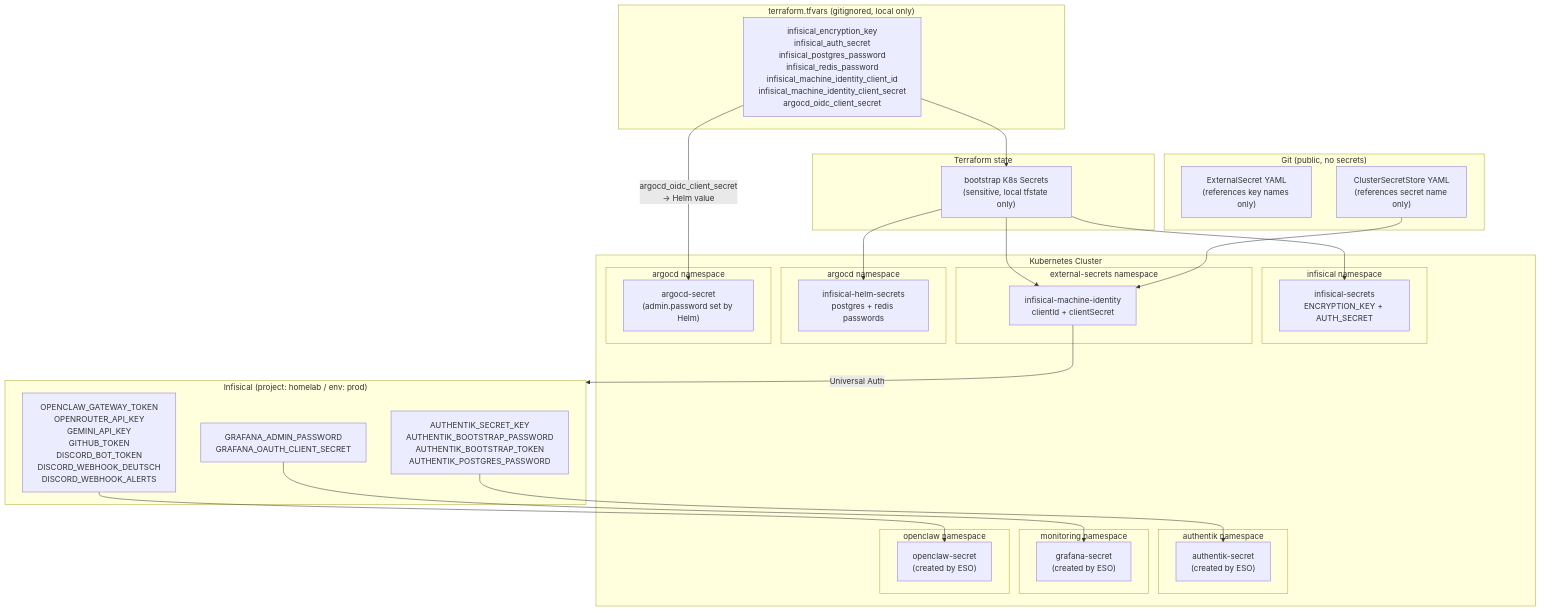
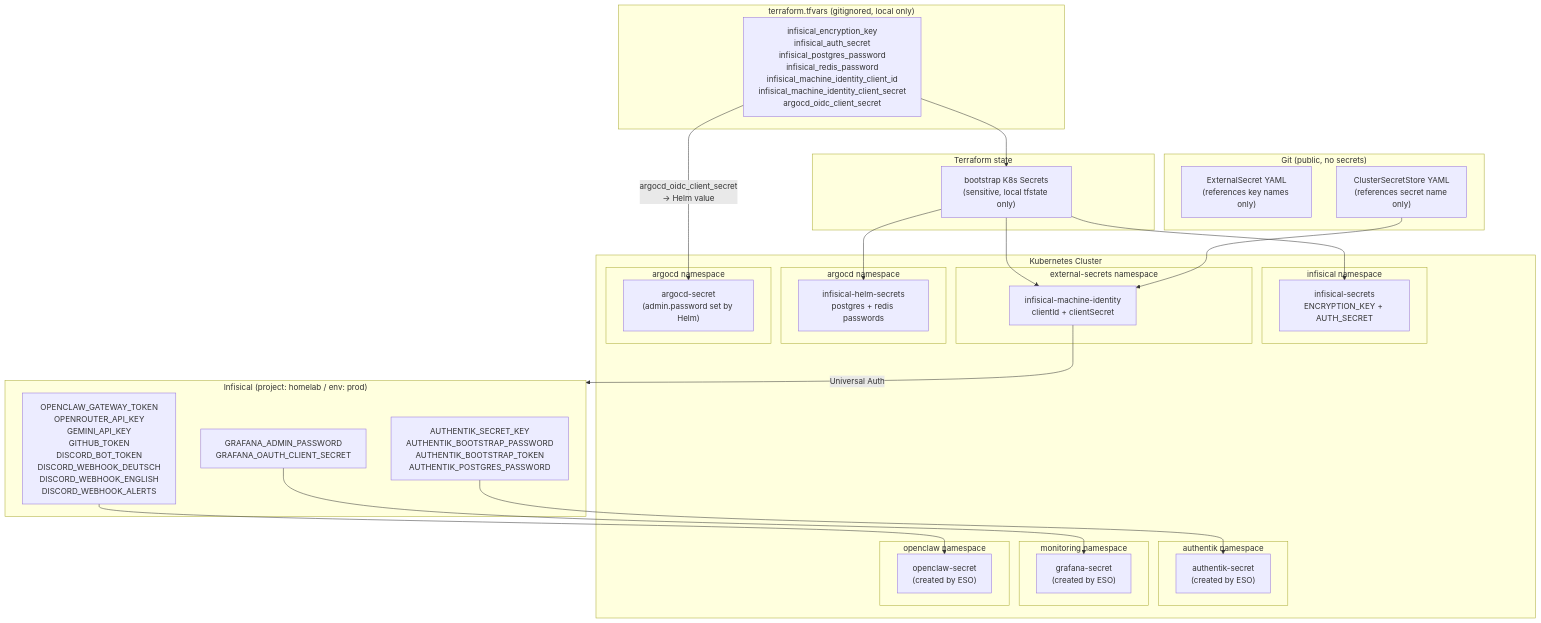
The first of 4 diagrams in docs/infrastructure/secret-management.md (haingth77/homelab), drawn with Mermaid before and after one commit. The commit also changed other lines of this file and 17 other files, not shown here.

````diff
--- a/docs/infrastructure/secret-management.md
+++ b/docs/infrastructure/secret-management.md
@@ -15,56 +15,56 @@
 ```mermaid
 flowchart TD
     subgraph git["Git (public, no secrets)"]
         ES["ExternalSecret YAML\n(references key names only)"]
         CSS_yaml["ClusterSecretStore YAML\n(references secret name only)"]
     end
 
     subgraph tfvars["terraform.tfvars (gitignored, local only)"]
         TFVars["infisical_encryption_key\ninfisical_auth_secret\ninfisical_postgres_password\ninfisical_redis_password\ninfisical_machine_identity_client_id\ninfisical_machine_identity_client_secret\nargocd_oidc_client_secret"]
     end
 
     subgraph tf["Terraform state"]
         TFState["bootstrap K8s Secrets\n(sensitive, local tfstate only)"]
     end
 
     subgraph cluster["Kubernetes Cluster"]
         subgraph infisicalNs["infisical namespace"]
             infisical_secrets["infisical-secrets\nENCRYPTION_KEY + AUTH_SECRET"]
         end
         subgraph esoNs["external-secrets namespace"]
             machine_id["infisical-machine-identity\nclientId + clientSecret"]
         end
         subgraph argocdNs["argocd namespace"]
             helm_secrets["infisical-helm-secrets\npostgres + redis passwords"]
         end
         subgraph authentikNs["authentik namespace"]
             authentik_secret["authentik-secret\n(created by ESO)"]
         end
         subgraph monitoringNs["monitoring namespace"]
             grafana_secret["grafana-secret\n(created by ESO)"]
         end
         subgraph openclawNs["openclaw namespace"]
             openclaw_secret["openclaw-secret\n(created by ESO)"]
         end
         subgraph argocdNs2["argocd namespace"]
             argocd_secret["argocd-secret\n(admin.password set by Helm)"]
         end
     end
 
     subgraph infisical_store["Infisical (project: homelab / env: prod)"]
         AUTHENTIK_SECRETS["AUTHENTIK_SECRET_KEY\nAUTHENTIK_BOOTSTRAP_PASSWORD\nAUTHENTIK_BOOTSTRAP_TOKEN\nAUTHENTIK_POSTGRES_PASSWORD"]
         GRAFANA_SECRETS["GRAFANA_ADMIN_PASSWORD\nGRAFANA_OAUTH_CLIENT_SECRET"]
-        OPENCLAW_SECRETS["OPENCLAW_GATEWAY_TOKEN\nOPENROUTER_API_KEY\nGEMINI_API_KEY\nGITHUB_TOKEN\nDISCORD_BOT_TOKEN\nDISCORD_WEBHOOK_DEUTSCH\nDISCORD_WEBHOOK_ALERTS"]
+        OPENCLAW_SECRETS["OPENCLAW_GATEWAY_TOKEN\nOPENROUTER_API_KEY\nGEMINI_API_KEY\nGITHUB_TOKEN\nDISCORD_BOT_TOKEN\nDISCORD_WEBHOOK_DEUTSCH\nDISCORD_WEBHOOK_ENGLISH\nDISCORD_WEBHOOK_ALERTS"]
     end
 
     TFVars --> TFState
     TFState --> infisical_secrets
     TFState --> machine_id
     TFState --> helm_secrets
     TFVars -- "argocd_oidc_client_secret\n→ Helm value" --> argocd_secret
     CSS_yaml --> machine_id
     machine_id -- "Universal Auth" --> infisical_store
     AUTHENTIK_SECRETS --> authentik_secret
     GRAFANA_SECRETS --> grafana_secret
     OPENCLAW_SECRETS --> openclaw_secret
 ```
````
